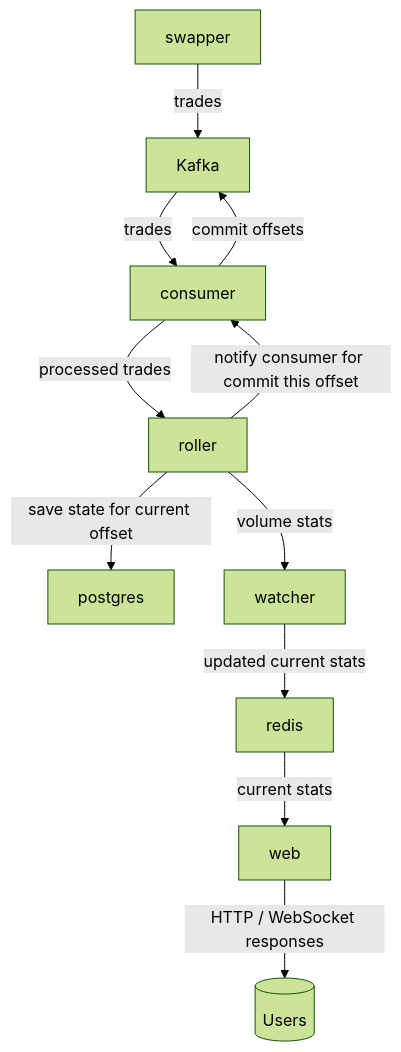
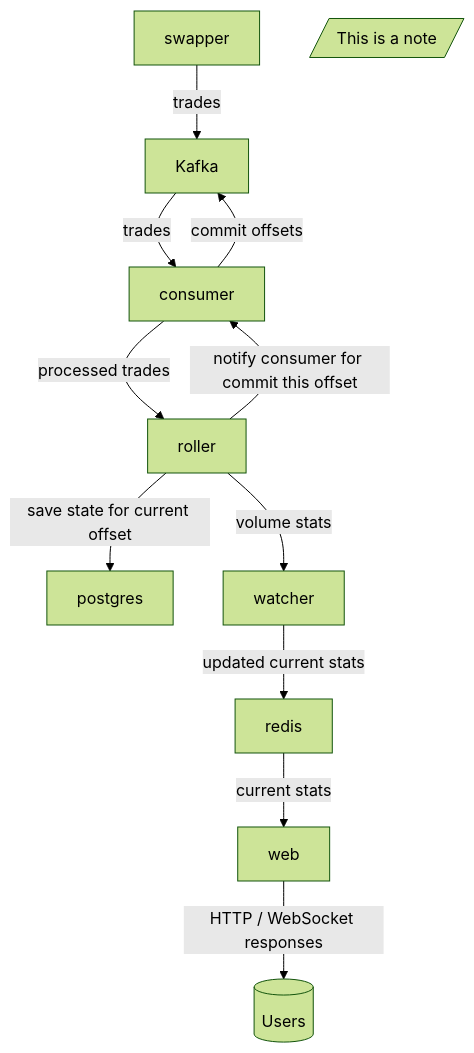
The first of 2 diagrams in README.md (zamyatin-zkex/volumer), drawn with Mermaid (forest theme) before and after one commit.

Commit message:
test note

````diff
--- a/README.md
+++ b/README.md
@@ -32,13 +32,14 @@
 ```mermaid
 flowchart TD
     S[swapper] -- "trades" --> K[Kafka]
     K -- "trades" --> C[consumer]
+    N[/This is a note/]:::note
     C -- "processed trades" --> R[roller]
     R -- "save state for current offset" --> Pg[postgres]
     R -- "notify consumer for commit this offset" --> C
     C -- "commit offsets" --> K
     R -- "volume stats" --> Wt[watcher]
     Wt -- "updated current stats" --> Re[redis]
     Re -- "current stats" --> W[web]
     W -- "HTTP / WebSocket responses" --> U[(Users)]
 ```
````
